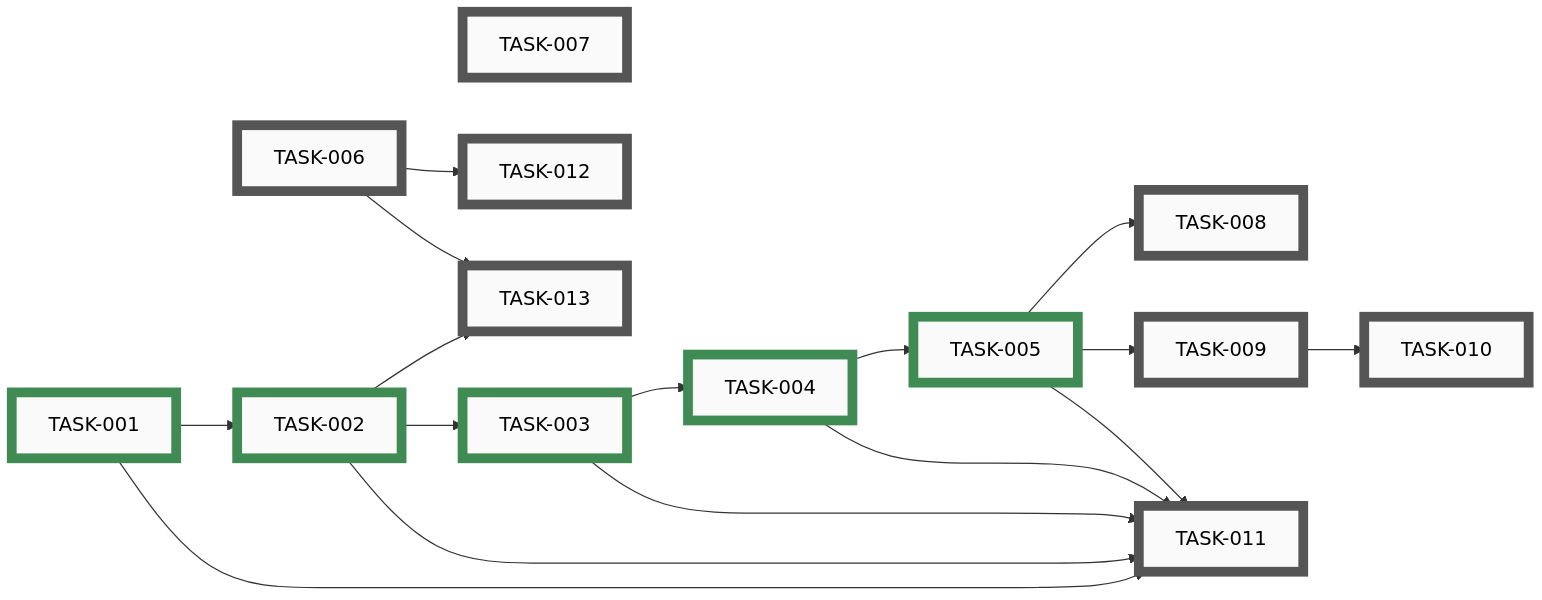
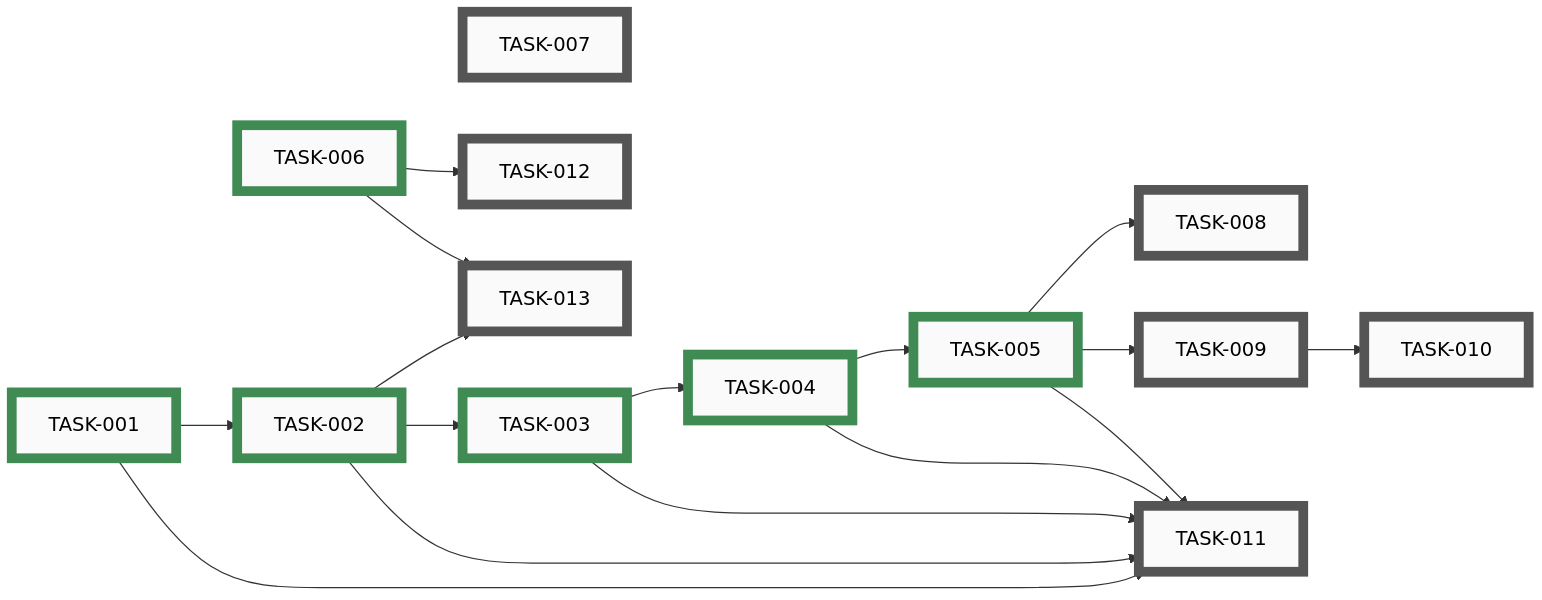
One commit to tgd1975/PartsLedger changed the diagram in docs/developers/tasks/EPICS.md. Above: the diagram before and after it, drawn with Mermaid. The commit also changed other lines of this file and 16 other files, not shown here.

First line of the commit message:
close TASK-006: Port 13 verbatim developer docs from CircuitSmith

````diff
--- a/docs/developers/tasks/EPICS.md
+++ b/docs/developers/tasks/EPICS.md
@@ -21,53 +21,53 @@
 ```mermaid
 graph LR
-    TASK_006["TASK-006"]:::open
     TASK_007["TASK-007"]:::open
     TASK_008["TASK-008"]:::open
     TASK_009["TASK-009"]:::open
     TASK_010["TASK-010"]:::open
     TASK_011["TASK-011"]:::open
     TASK_012["TASK-012"]:::open
     TASK_013["TASK-013"]:::open
     TASK_001["TASK-001"]:::closed
     TASK_002["TASK-002"]:::closed
     TASK_003["TASK-003"]:::closed
     TASK_004["TASK-004"]:::closed
     TASK_005["TASK-005"]:::closed
+    TASK_006["TASK-006"]:::closed
     TASK_005 --> TASK_008
     TASK_005 --> TASK_009
     TASK_009 --> TASK_010
     TASK_001 --> TASK_011
     TASK_002 --> TASK_011
     TASK_003 --> TASK_011
     TASK_004 --> TASK_011
     TASK_005 --> TASK_011
     TASK_006 --> TASK_012
     TASK_002 --> TASK_013
     TASK_006 --> TASK_013
     TASK_001 --> TASK_002
     TASK_002 --> TASK_003
     TASK_003 --> TASK_004
     TASK_004 --> TASK_005
     TASK_001 ~~~ TASK_006 ~~~ TASK_007
-    click TASK_006 "open/task-006-docs-verbatim-port.md"
     click TASK_007 "open/task-007-architecture-doc.md"
     click TASK_008 "open/task-008-security-review-hooks.md"
     click TASK_009 "open/task-009-codeowner-mechanism.md"
     click TASK_010 "open/task-010-codeowner-starter-skills.md"
     click TASK_011 "open/task-011-claude-md-rewrite.md"
     click TASK_012 "open/task-012-epic-run-and-autonomy.md"
     click TASK_013 "open/task-013-apply-branch-protection.md"
     click TASK_001 "closed/task-001-delete-sync-layer.md"
     click TASK_002 "closed/task-002-python-skeleton.md"
     click TASK_003 "closed/task-003-replace-pre-commit.md"
     click TASK_004 "closed/task-004-upgrade-commit-skill.md"
     click TASK_005 "closed/task-005-settings-json.md"
+    click TASK_006 "closed/task-006-docs-verbatim-port.md"
     classDef open    fill:#FAFAFA,stroke:#555,stroke-width:8px,color:#000
     classDef active  fill:#FAFAFA,stroke:#1A6FA8,stroke-width:8px,color:#000
     classDef closed  fill:#FAFAFA,stroke:#3F8B53,stroke-width:8px,color:#000
     classDef paused  fill:#FAFAFA,stroke:#B07810,stroke-width:8px,color:#000
     classDef openExt    fill:#000,stroke:#888,stroke-width:8px,color:#FFF
     classDef activeExt  fill:#000,stroke:#3FA9F5,stroke-width:8px,color:#FFF
     classDef closedExt  fill:#000,stroke:#7CC68A,stroke-width:8px,color:#FFF
     classDef pausedExt  fill:#000,stroke:#F0B030,stroke-width:8px,color:#FFF
 ```
````
